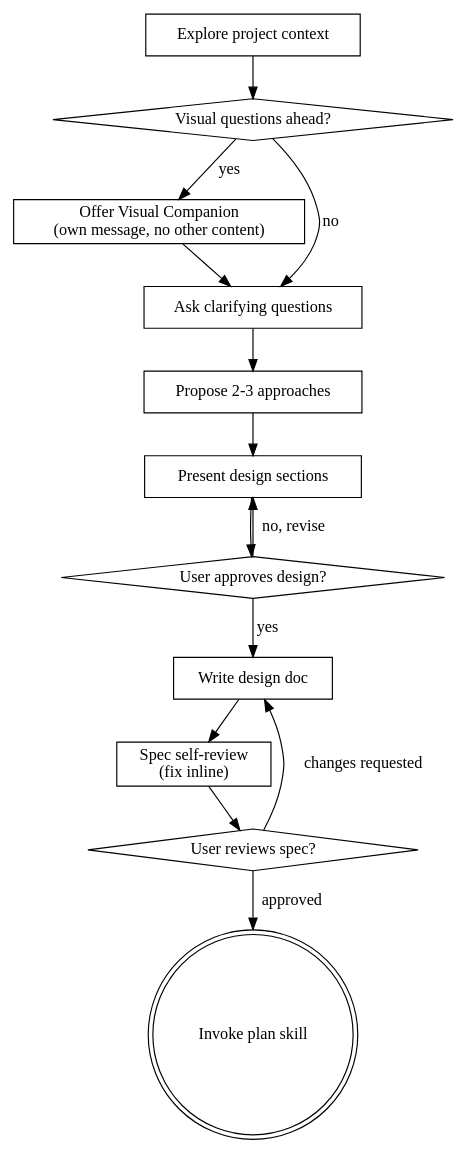
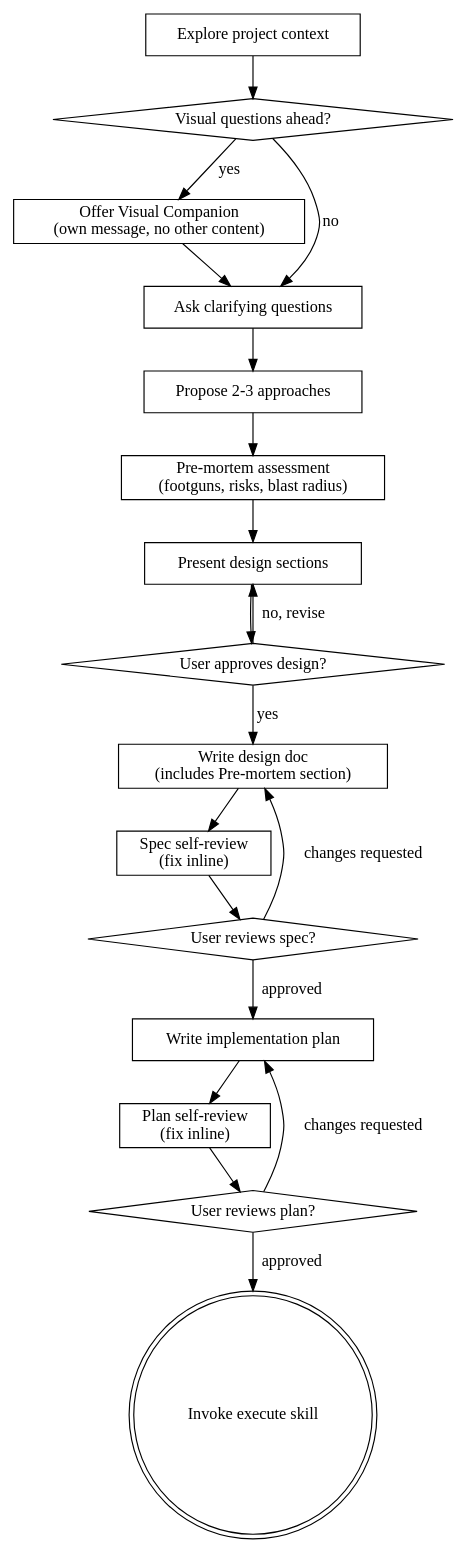
One commit to hirnx/.claude changed the diagram in skills/brainstorm/SKILL.md. Above: the diagram before and after it, drawn with Graphviz. The commit also changed other lines of this file and 32 other files, not shown here.

````diff
--- a/skills/brainstorm/SKILL.md
+++ b/skills/brainstorm/SKILL.md
@@ -36,29 +45,38 @@
 ```dot
 digraph brainstorming {
     "Explore project context" [shape=box];
     "Visual questions ahead?" [shape=diamond];
     "Offer Visual Companion\n(own message, no other content)" [shape=box];
     "Ask clarifying questions" [shape=box];
     "Propose 2-3 approaches" [shape=box];
+    "Pre-mortem assessment\n(footguns, risks, blast radius)" [shape=box];
     "Present design sections" [shape=box];
     "User approves design?" [shape=diamond];
-    "Write design doc" [shape=box];
+    "Write design doc\n(includes Pre-mortem section)" [shape=box];
     "Spec self-review\n(fix inline)" [shape=box];
     "User reviews spec?" [shape=diamond];
-    "Invoke plan skill" [shape=doublecircle];
+    "Write implementation plan" [shape=box];
+    "Plan self-review\n(fix inline)" [shape=box];
+    "User reviews plan?" [shape=diamond];
+    "Invoke execute skill" [shape=doublecircle];
 
     "Explore project context" -> "Visual questions ahead?";
     "Visual questions ahead?" -> "Offer Visual Companion\n(own message, no other content)" [label="yes"];
     "Visual questions ahead?" -> "Ask clarifying questions" [label="no"];
     "Offer Visual Companion\n(own message, no other content)" -> "Ask clarifying questions";
     "Ask clarifying questions" -> "Propose 2-3 approaches";
-    "Propose 2-3 approaches" -> "Present design sections";
+    "Propose 2-3 approaches" -> "Pre-mortem assessment\n(footguns, risks, blast radius)";
+    "Pre-mortem assessment\n(footguns, risks, blast radius)" -> "Present design sections";
     "Present design sections" -> "User approves design?";
     "User approves design?" -> "Present design sections" [label="no, revise"];
-    "User approves design?" -> "Write design doc" [label="yes"];
-    "Write design doc" -> "Spec self-review\n(fix inline)";
+    "User approves design?" -> "Write design doc\n(includes Pre-mortem section)" [label="yes"];
+    "Write design doc\n(includes Pre-mortem section)" -> "Spec self-review\n(fix inline)";
     "Spec self-review\n(fix inline)" -> "User reviews spec?";
-    "User reviews spec?" -> "Write design doc" [label="changes requested"];
-    "User reviews spec?" -> "Invoke plan skill" [label="approved"];
+    "User reviews spec?" -> "Write design doc\n(includes Pre-mortem section)" [label="changes requested"];
+    "User reviews spec?" -> "Write implementation plan" [label="approved"];
+    "Write implementation plan" -> "Plan self-review\n(fix inline)";
+    "Plan self-review\n(fix inline)" -> "User reviews plan?";
+    "User reviews plan?" -> "Write implementation plan" [label="changes requested"];
+    "User reviews plan?" -> "Invoke execute skill" [label="approved"];
 }
 ```
````
